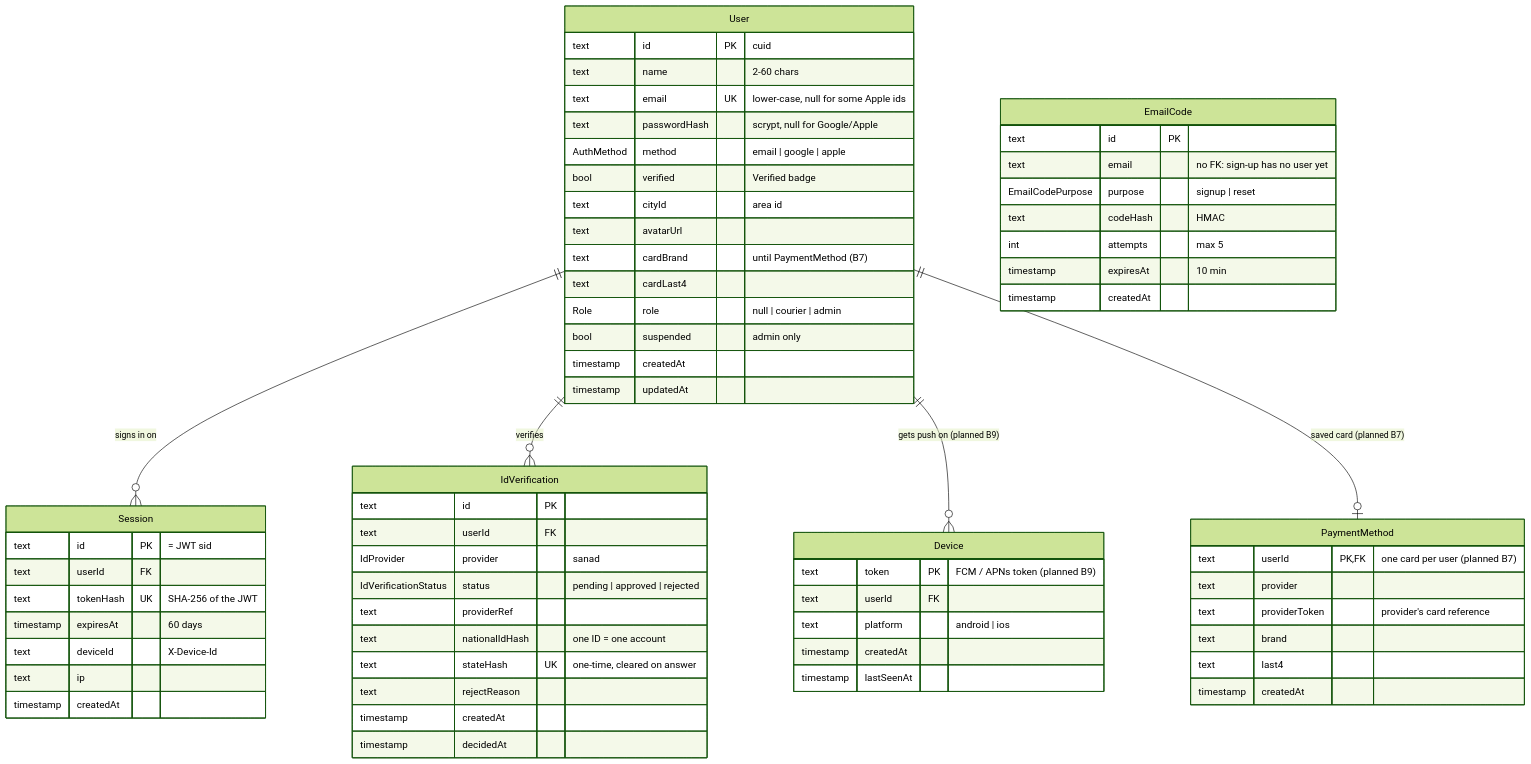
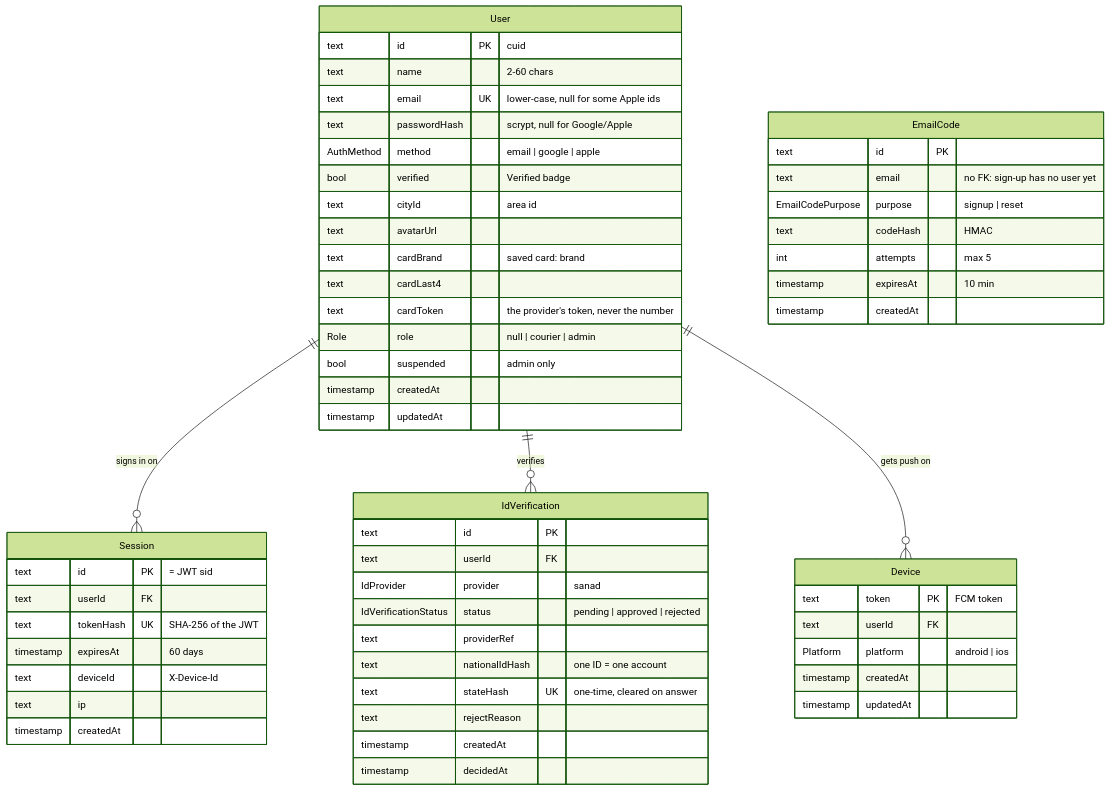
The second of 6 diagrams in docs/DATABASE.md (mustafa-kilany/madmoon-deals), drawn with Mermaid (forest theme) before and after one commit. The commit also changed other lines of this file and 7 other files, not shown here.

````diff
--- a/docs/DATABASE.md
+++ b/docs/DATABASE.md
@@ -70,68 +69,60 @@
 ```mermaid
 erDiagram
   User ||--o{ Session : "signs in on"
   User ||--o{ IdVerification : "verifies"
-  User ||--o{ Device : "gets push on (planned B9)"
-  User ||--o| PaymentMethod : "saved card (planned B7)"
+  User ||--o{ Device : "gets push on"
   User {
     text id PK "cuid"
     text name "2-60 chars"
     text email UK "lower-case, null for some Apple ids"
     text passwordHash "scrypt, null for Google/Apple"
     AuthMethod method "email | google | apple"
     bool verified "Verified badge"
     text cityId "area id"
     text avatarUrl
-    text cardBrand "until PaymentMethod (B7)"
+    text cardBrand "saved card: brand"
     text cardLast4
+    text cardToken "the provider's token, never the number"
     Role role "null | courier | admin"
     bool suspended "admin only"
     timestamp createdAt
     timestamp updatedAt
   }
   Session {
     text id PK "= JWT sid"
     text userId FK
     text tokenHash UK "SHA-256 of the JWT"
     timestamp expiresAt "60 days"
     text deviceId "X-Device-Id"
     text ip
     timestamp createdAt
   }
   EmailCode {
     text id PK
     text email "no FK: sign-up has no user yet"
     EmailCodePurpose purpose "signup | reset"
     text codeHash "HMAC"
     int attempts "max 5"
     timestamp expiresAt "10 min"
     timestamp createdAt
   }
   IdVerification {
     text id PK
     text userId FK
     IdProvider provider "sanad"
     IdVerificationStatus status "pending | approved | rejected"
     text providerRef
     text nationalIdHash "one ID = one account"
     text stateHash UK "one-time, cleared on answer"
     text rejectReason
     timestamp createdAt
     timestamp decidedAt
   }
   Device {
-    text token PK "FCM / APNs token (planned B9)"
+    text token PK "FCM token"
     text userId FK
-    text platform "android | ios"
+    Platform platform "android | ios"
     timestamp createdAt
-    timestamp lastSeenAt
-  }
-  PaymentMethod {
-    text userId PK,FK "one card per user (planned B7)"
-    text provider
-    text providerToken "provider's card reference"
-    text brand
-    text last4
-    timestamp createdAt
+    timestamp updatedAt
   }
 ```
````
